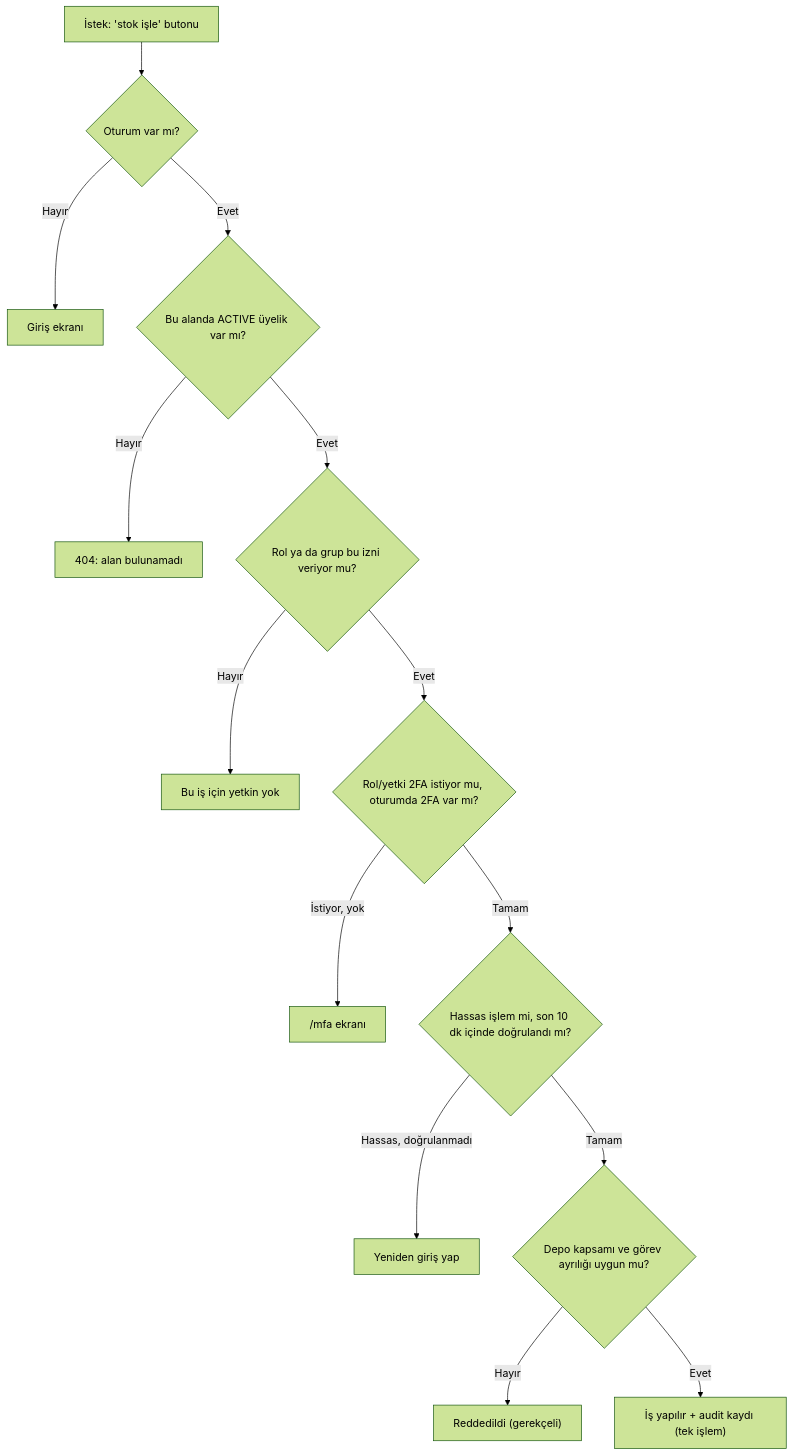
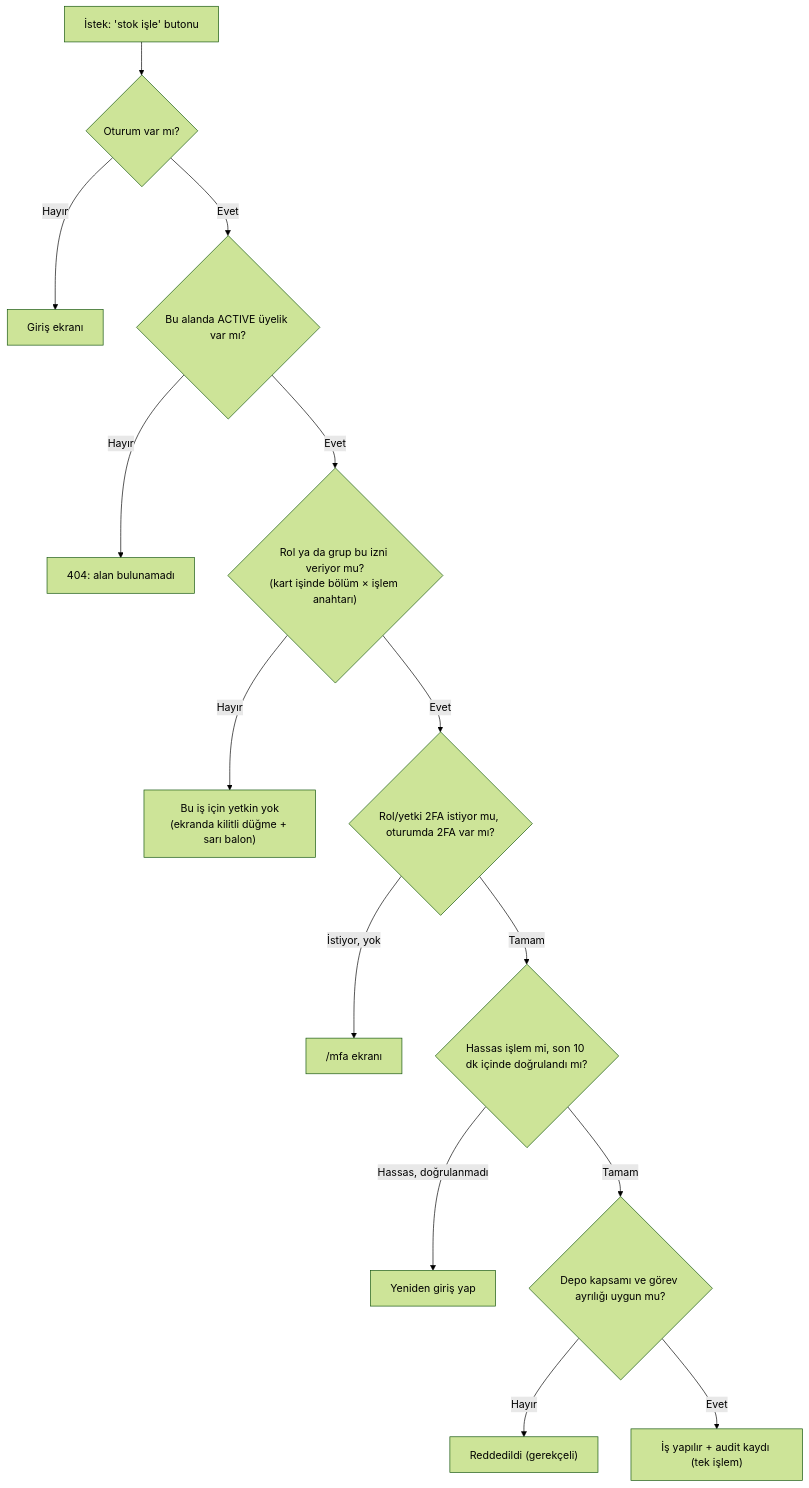
The sixth of 6 diagrams in docs/fonksiyonel-mimari/02a-kimlik-ekip-yetki.md (shosgoren/EtkinWMS), drawn with Mermaid (forest theme) before and after one commit. The commit also changed other lines of this file and 9 other files, not shown here.

````diff
--- a/docs/fonksiyonel-mimari/02a-kimlik-ekip-yetki.md
+++ b/docs/fonksiyonel-mimari/02a-kimlik-ekip-yetki.md
@@ -368,16 +422,16 @@
 ```mermaid
 flowchart TD
   A["İstek: 'stok işle' butonu"] --> B{"Oturum var mı?"}
   B -- Hayır --> X1["Giriş ekranı"]
   B -- Evet --> C{"Bu alanda ACTIVE üyelik var mı?"}
   C -- Hayır --> X2["404: alan bulunamadı"]
-  C -- Evet --> D{"Rol ya da grup bu izni veriyor mu?"}
-  D -- Hayır --> X3["Bu iş için yetkin yok"]
+  C -- Evet --> D{"Rol ya da grup bu izni veriyor mu?<br/>(kart işinde bölüm × işlem anahtarı)"}
+  D -- Hayır --> X3["Bu iş için yetkin yok<br/>(ekranda kilitli düğme + sarı balon)"]
   D -- Evet --> E{"Rol/yetki 2FA istiyor mu, oturumda 2FA var mı?"}
   E -- "İstiyor, yok" --> X4["/mfa ekranı"]
   E -- Tamam --> F{"Hassas işlem mi, son 10 dk içinde doğrulandı mı?"}
   F -- "Hassas, doğrulanmadı" --> X5["Yeniden giriş yap"]
   F -- Tamam --> G{"Depo kapsamı ve görev ayrılığı uygun mu?"}
   G -- Hayır --> X6["Reddedildi (gerekçeli)"]
   G -- Evet --> H["İş yapılır + audit kaydı (tek işlem)"]
 ```
````
